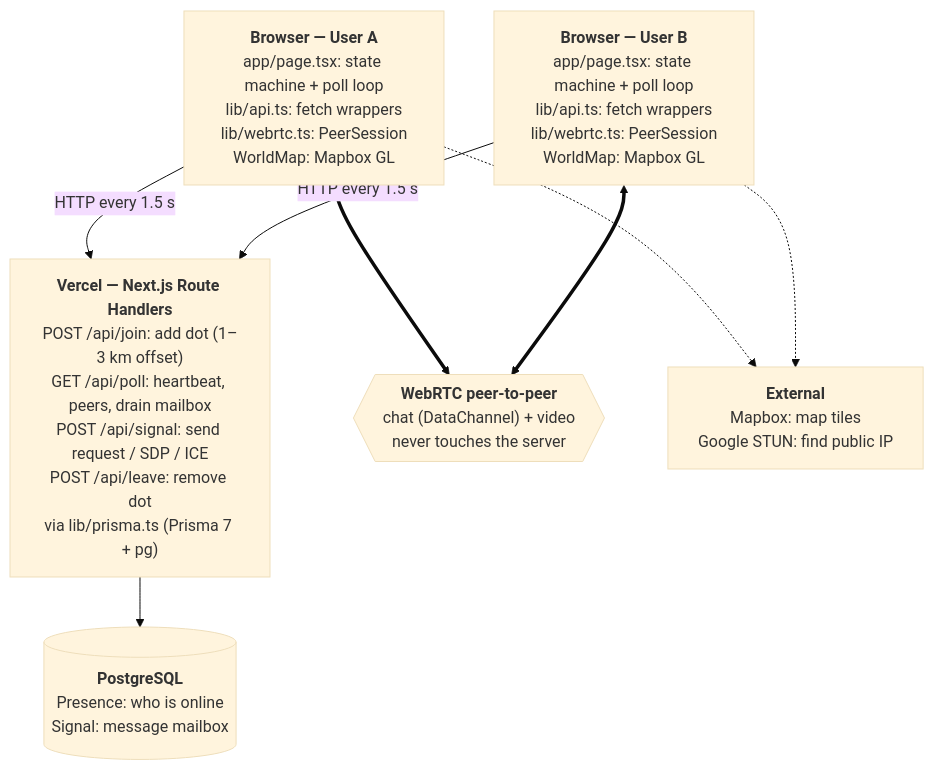
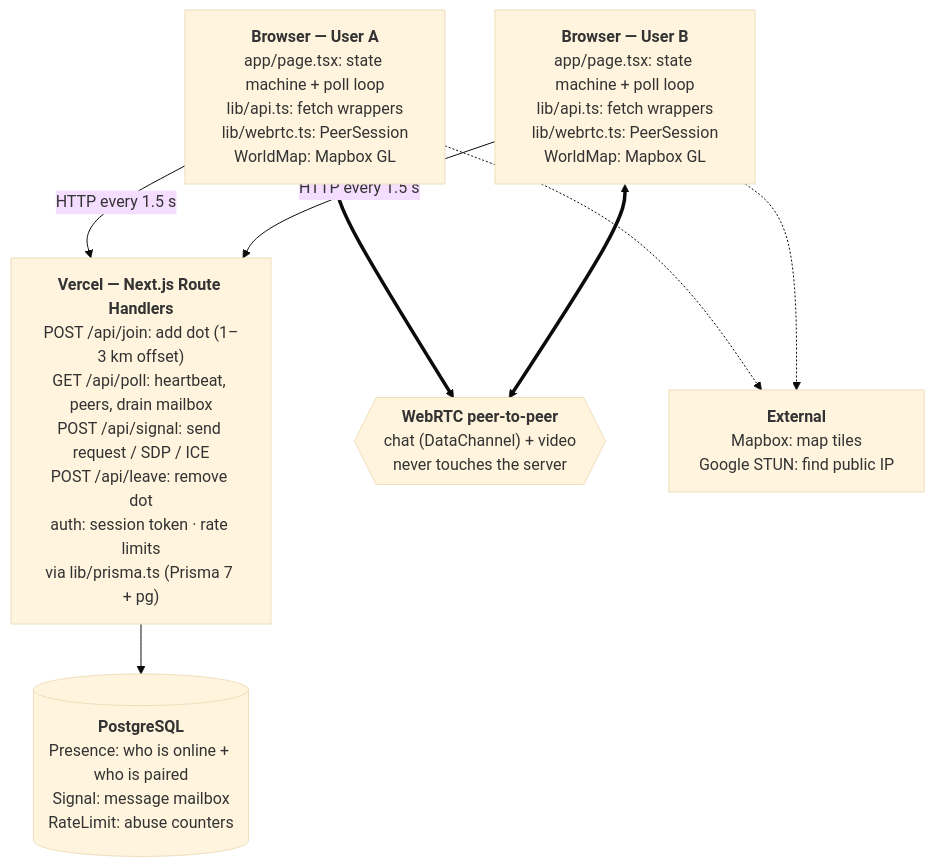
One commit to nkorgik/paws changed the first of 2 diagrams in docs/architecture.md. Above: the diagram before and after it, drawn with Mermaid (base theme). The commit also changed other lines of this file, not shown here.

Commit message:
docs(architecture): update for session tokens, pairing and rate limits

````diff
--- a/docs/architecture.md
+++ b/docs/architecture.md
@@ -19,21 +19,21 @@
 ```mermaid
 flowchart TB
     A["<b>Browser — User A</b><br/>app/page.tsx: state machine + poll loop<br/>lib/api.ts: fetch wrappers<br/>lib/webrtc.ts: PeerSession<br/>WorldMap: Mapbox GL"]
     B["<b>Browser — User B</b><br/>app/page.tsx: state machine + poll loop<br/>lib/api.ts: fetch wrappers<br/>lib/webrtc.ts: PeerSession<br/>WorldMap: Mapbox GL"]
 
-    API["<b>Vercel — Next.js Route Handlers</b><br/>POST /api/join: add dot (1–3 km offset)<br/>GET /api/poll: heartbeat, peers, drain mailbox<br/>POST /api/signal: send request / SDP / ICE<br/>POST /api/leave: remove dot<br/>via lib/prisma.ts (Prisma 7 + pg)"]
+    API["<b>Vercel — Next.js Route Handlers</b><br/>POST /api/join: add dot (1–3 km offset)<br/>GET /api/poll: heartbeat, peers, drain mailbox<br/>POST /api/signal: send request / SDP / ICE<br/>POST /api/leave: remove dot<br/>auth: session token · rate limits<br/>via lib/prisma.ts (Prisma 7 + pg)"]
 
     P2P{{"<b>WebRTC peer-to-peer</b><br/>chat (DataChannel) + video<br/>never touches the server"}}
 
-    DB[("<b>PostgreSQL</b><br/>Presence: who is online<br/>Signal: message mailbox")]
+    DB[("<b>PostgreSQL</b><br/>Presence: who is online + who is paired<br/>Signal: message mailbox<br/>RateLimit: abuse counters")]
 
     Ext["<b>External</b><br/>Mapbox: map tiles<br/>Google STUN: find public IP"]
 
     A -- "HTTP every 1.5 s" --> API
     B -- "HTTP every 1.5 s" --> API
     A <==> P2P
     B <==> P2P
     A -.-> Ext
     B -.-> Ext
     API --> DB
 ```
````
